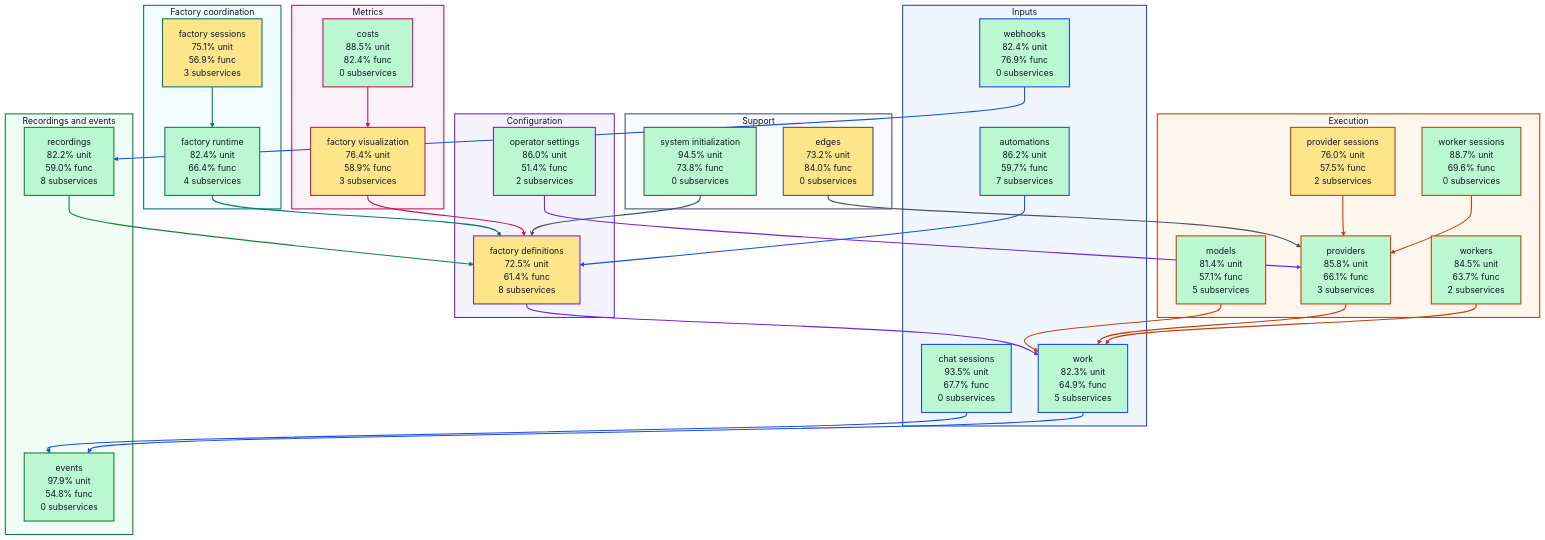
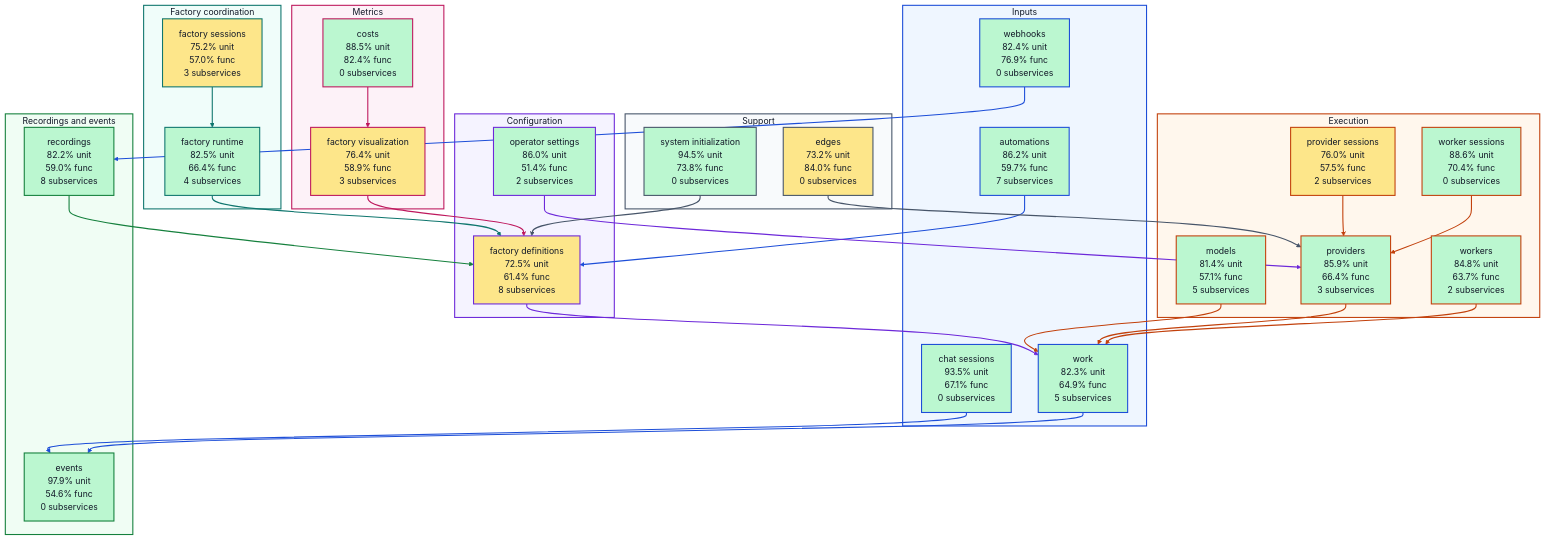
The diagram in docs/architecture/visualizations/high-level-test-coverage.md (portpowered/you-agent-factory), drawn with Mermaid before and after one commit. The commit also changed other lines of this file and 20 other files, not shown here.

Commit message:
docs: refresh backend architecture visualizations

```diff
--- a/docs/architecture/visualizations/high-level-test-coverage.md
+++ b/docs/architecture/visualizations/high-level-test-coverage.md
@@ -12,7 +12,7 @@
 flowchart TB
   subgraph input["Inputs"]
     s_services_automations["automations<br/>86.2% unit<br/>59.7% func<br/>7 subservices"]
-    s_services_chat_sessions["chat sessions<br/>93.5% unit<br/>67.7% func<br/>0 subservices"]
+    s_services_chat_sessions["chat sessions<br/>93.5% unit<br/>67.1% func<br/>0 subservices"]
     s_services_webhooks["webhooks<br/>82.4% unit<br/>76.9% func<br/>0 subservices"]
     s_services_work["work<br/>82.3% unit<br/>64.9% func<br/>5 subservices"]
   end
@@ -21,18 +21,18 @@
     s_services_operator_settings["operator settings<br/>86.0% unit<br/>51.4% func<br/>2 subservices"]
   end
   subgraph coordination["Factory coordination"]
-    s_services_factory_runtime["factory runtime<br/>82.4% unit<br/>66.4% func<br/>4 subservices"]
-    s_services_factory_sessions["factory sessions<br/>75.1% unit<br/>56.9% func<br/>3 subservices"]
+    s_services_factory_runtime["factory runtime<br/>82.5% unit<br/>66.4% func<br/>4 subservices"]
+    s_services_factory_sessions["factory sessions<br/>75.2% unit<br/>57.0% func<br/>3 subservices"]
   end
   subgraph execution["Execution"]
     s_services_models["models<br/>81.4% unit<br/>57.1% func<br/>5 subservices"]
     s_services_provider_sessions["provider sessions<br/>76.0% unit<br/>57.5% func<br/>2 subservices"]
-    s_services_providers["providers<br/>85.8% unit<br/>66.1% func<br/>3 subservices"]
-    s_services_worker_sessions["worker sessions<br/>88.7% unit<br/>69.6% func<br/>0 subservices"]
-    s_services_workers["workers<br/>84.5% unit<br/>63.7% func<br/>2 subservices"]
+    s_services_providers["providers<br/>85.9% unit<br/>66.4% func<br/>3 subservices"]
+    s_services_worker_sessions["worker sessions<br/>88.6% unit<br/>70.4% func<br/>0 subservices"]
+    s_services_workers["workers<br/>84.8% unit<br/>63.7% func<br/>2 subservices"]
   end
   subgraph recordings["Recordings and events"]
-    s_services_events["events<br/>97.9% unit<br/>54.8% func<br/>0 subservices"]
+    s_services_events["events<br/>97.9% unit<br/>54.6% func<br/>0 subservices"]
     s_services_recordings["recordings<br/>82.2% unit<br/>59.0% func<br/>8 subservices"]
   end
   subgraph metrics["Metrics"]
```
